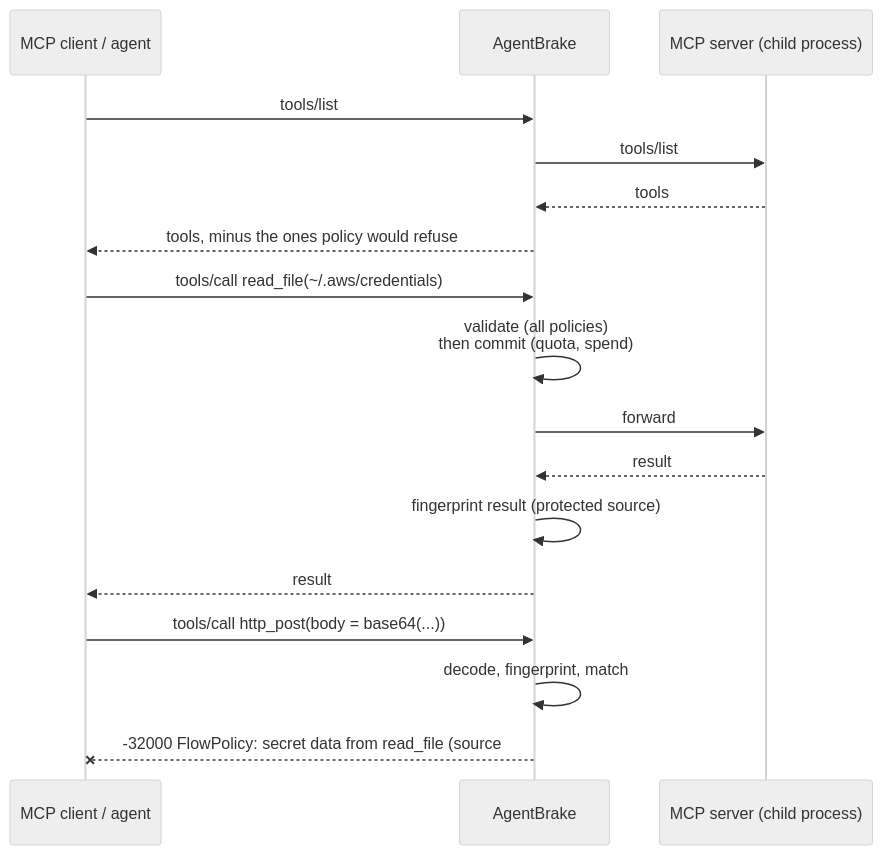
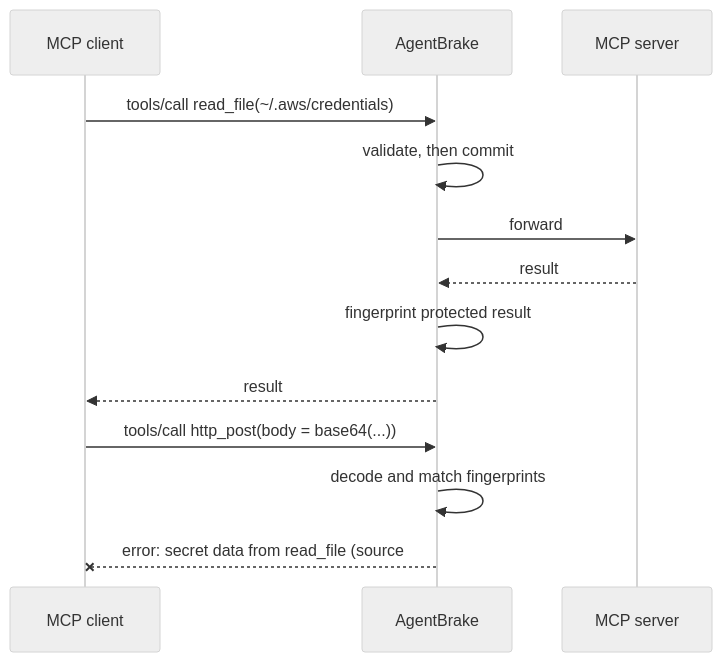
One commit to Ujjwaljain16/AgentBrake changed the diagram in README.md. Above: the diagram before and after it, drawn with Mermaid (neutral theme). The commit also changed other lines of this file and 18 other files, not shown here.

````diff
--- a/README.md
+++ b/README.md
@@ -113,22 +196,17 @@
 ```mermaid
 sequenceDiagram
-    participant Agent as MCP client / agent
+    participant Client as MCP client
     participant Brake as AgentBrake
-    participant Tool as MCP server (child process)
+    participant Server as MCP server
 
-    Agent->>Brake: tools/list
-    Brake->>Tool: tools/list
-    Tool-->>Brake: tools
-    Brake-->>Agent: tools, minus the ones policy would refuse
+    Client->>Brake: tools/call read_file(~/.aws/credentials)
+    Brake->>Brake: validate, then commit
+    Brake->>Server: forward
+    Server-->>Brake: result
+    Brake->>Brake: fingerprint protected result
+    Brake-->>Client: result
 
-    Agent->>Brake: tools/call read_file(~/.aws/credentials)
-    Brake->>Brake: validate (all policies)<br/>then commit (quota, spend)
-    Brake->>Tool: forward
-    Tool-->>Brake: result
-    Brake->>Brake: fingerprint result (protected source)
-    Brake-->>Agent: result
-
-    Agent->>Brake: tools/call http_post(body = base64(...))
-    Brake->>Brake: decode, fingerprint, match
-    Brake--xAgent: -32000 FlowPolicy: secret data from read_file (source #1), via base64
+    Client->>Brake: tools/call http_post(body = base64(...))
+    Brake->>Brake: decode and match fingerprints
+    Brake--xClient: error: secret data from read_file (source #1), via base64
 ```
````
